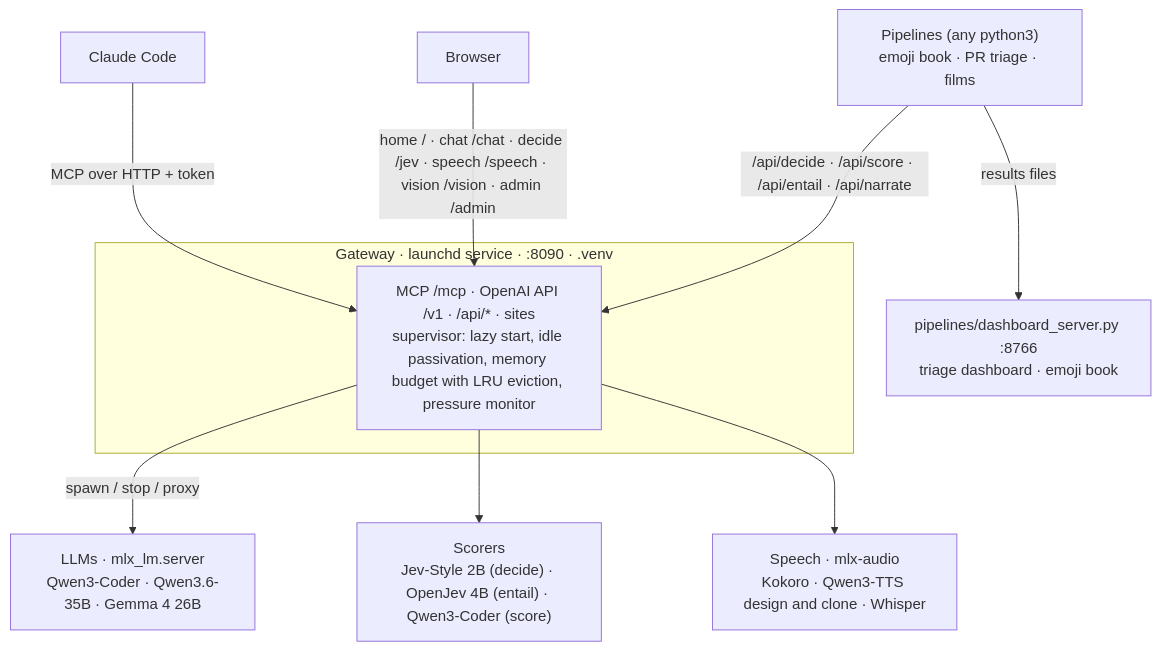
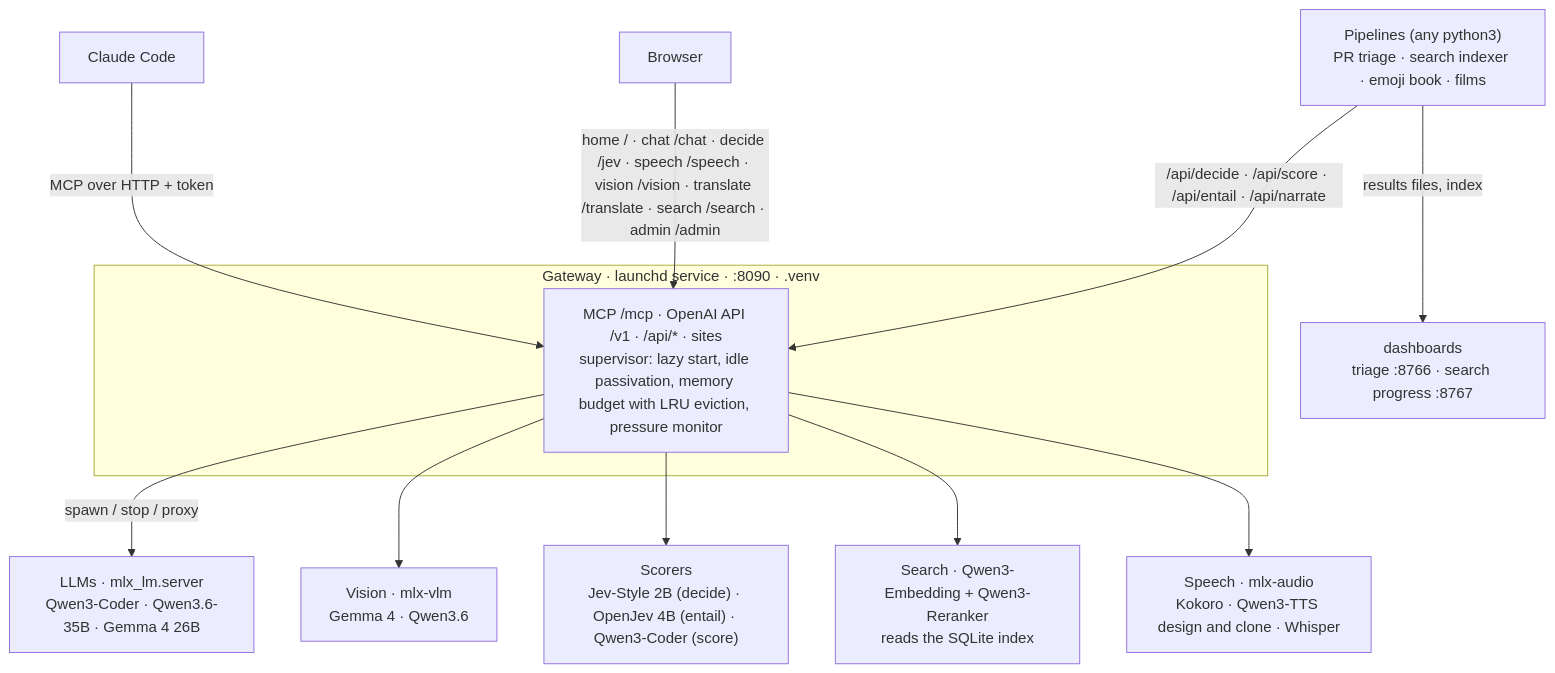
One commit to retronym/mlx-lm-setup changed the first of 2 diagrams in README.md. Above: the diagram before and after it, drawn with Mermaid. The commit also changed other lines of this file and 2 other files, not shown here.

Commit message:
Docs: post-hoc plan for search and unplanned changes; README refresh; emoji book README in its folder

````diff
--- a/README.md
+++ b/README.md
@@ -69,13 +69,15 @@
 ```mermaid
 flowchart TB
   CC["Claude Code"] -- "MCP over HTTP + token" --> GW
-  BR["Browser"] -- "home / · chat /chat · decide /jev · speech /speech · vision /vision · admin /admin" --> GW
-  PL["Pipelines (any python3)<br/>emoji book · PR triage · films"] -- "/api/decide · /api/score · /api/entail · /api/narrate" --> GW
+  BR["Browser"] -- "home / · chat /chat · decide /jev · speech /speech · vision /vision · translate /translate · search /search · admin /admin" --> GW
+  PL["Pipelines (any python3)<br/>PR triage · search indexer · emoji book · films"] -- "/api/decide · /api/score · /api/entail · /api/narrate" --> GW
   subgraph gw ["Gateway · launchd service · :8090 · .venv"]
     GW["MCP /mcp · OpenAI API /v1 · /api/* · sites<br/>supervisor: lazy start, idle passivation, memory budget with LRU eviction, pressure monitor"]
   end
   GW -- "spawn / stop / proxy" --> LLM["LLMs · mlx_lm.server<br/>Qwen3-Coder · Qwen3.6-35B · Gemma 4 26B"]
+  GW --> VL["Vision · mlx-vlm<br/>Gemma 4 · Qwen3.6"]
   GW --> SC["Scorers<br/>Jev-Style 2B (decide) · OpenJev 4B (entail) · Qwen3-Coder (score)"]
+  GW --> SE["Search · Qwen3-Embedding + Qwen3-Reranker<br/>reads the SQLite index"]
   GW --> SP["Speech · mlx-audio<br/>Kokoro · Qwen3-TTS design and clone · Whisper"]
-  PL -- "results files" --> DASH["pipelines/dashboard_server.py :8766<br/>triage dashboard · emoji book"]
+  PL -- "results files, index" --> DASH["dashboards<br/>triage :8766 · search progress :8767"]
 ```
````
